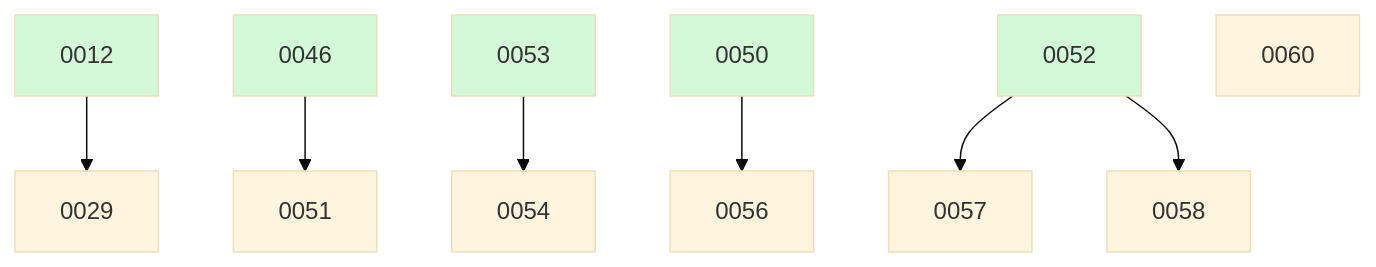
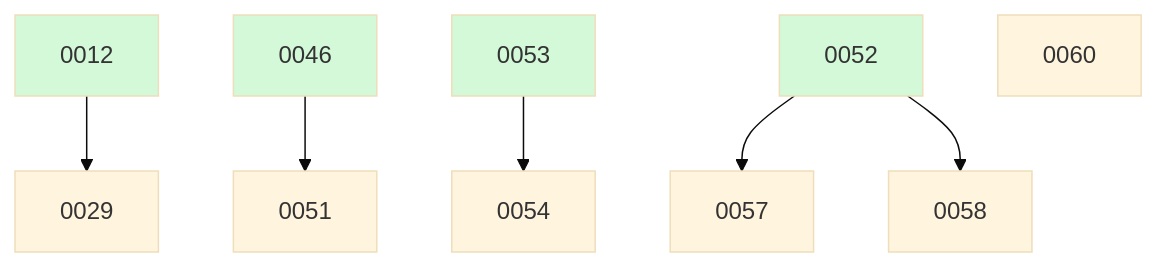
Before and after one commit to ethanhinson/fuse: the diagram in docs/changes/BOARD.md, drawn with Mermaid (base theme). The commit also changed other lines of this file, not shown here.

````diff
--- a/docs/changes/BOARD.md
+++ b/docs/changes/BOARD.md
@@ -27,16 +21,14 @@
 ```mermaid
 graph TD
   0012 --> 0029
   0046 --> 0051
   0053 --> 0054
-  0050 --> 0056
   0052 --> 0057
   0052 --> 0058
   0060
   0012:::done
   0046:::done
-  0050:::done
   0052:::done
   0053:::done
   classDef done fill:#d3f9d8;
 ```
````
